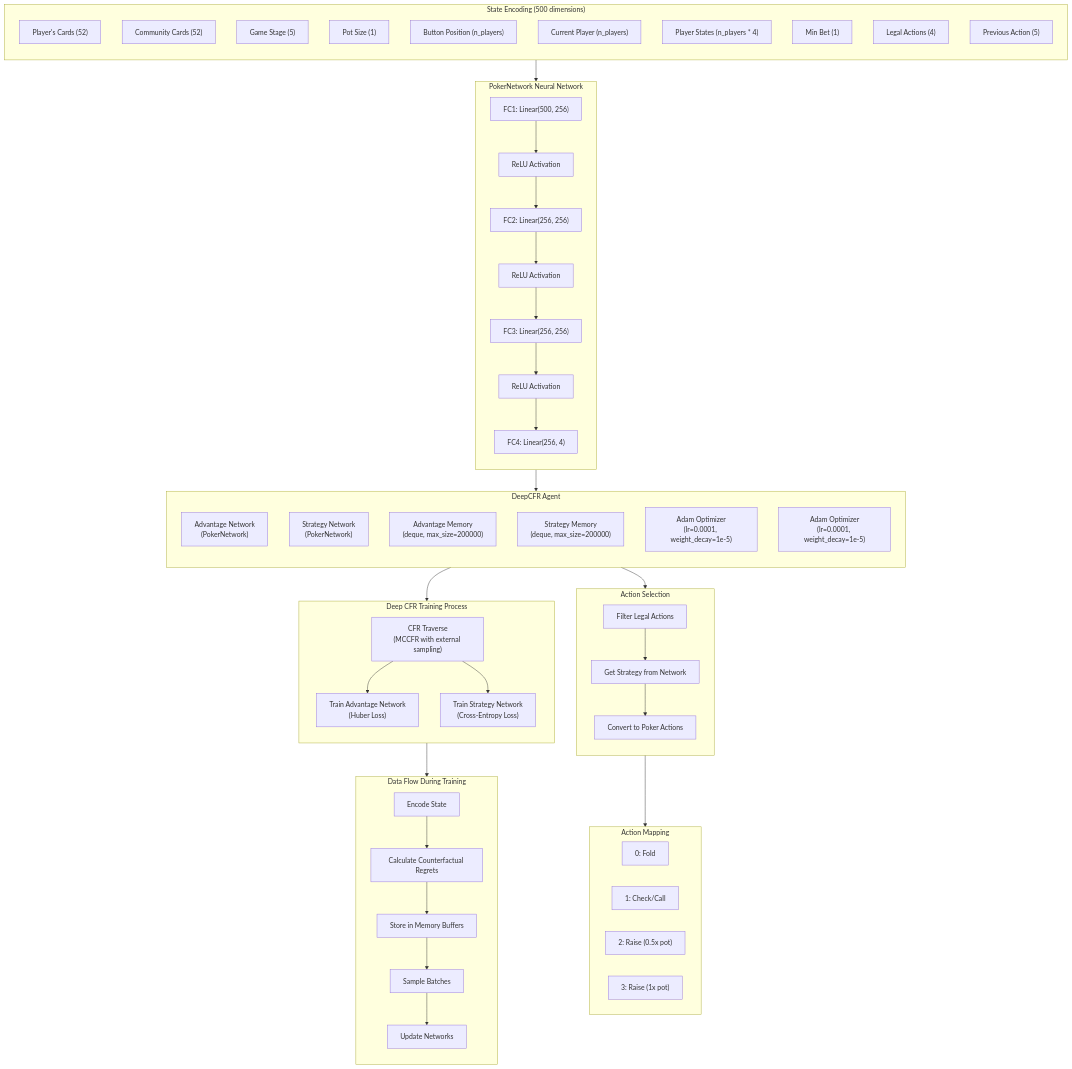
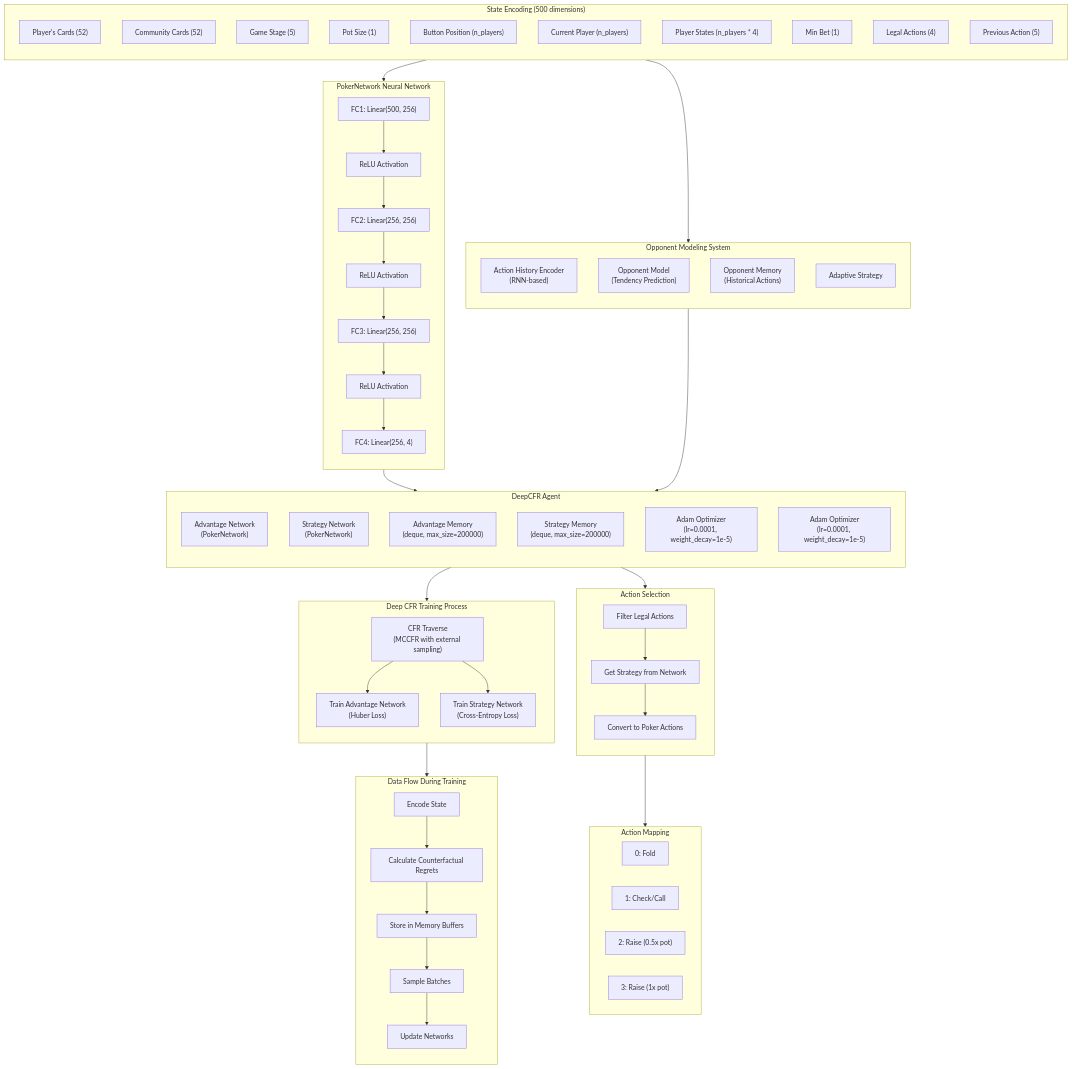
One commit to dberweger2017/deepcfr-texas-no-limit-holdem-6-players changed the diagram in readme.md. Above: the diagram before and after it, drawn with Mermaid. The commit also changed other lines of this file, not shown here.

First line of the commit message:
Update README with opponent modeling details and roadmap refinements

```diff
--- a/readme.md
+++ b/readme.md
@@ -115,6 +123,14 @@
         StratOpt["Adam Optimizer\n(lr=0.0001, weight_decay=1e-5)"]
     end
 
+    subgraph OpponentModeling["Opponent Modeling System"]
+        direction TB
+        HistEnc["Action History Encoder\n(RNN-based)"]
+        OppModel["Opponent Model\n(Tendency Prediction)"]
+        OppMem["Opponent Memory\n(Historical Actions)"]
+        AdaptStrat["Adaptive Strategy"]
+    end
+
     subgraph TrainingPhase["Deep CFR Training Process"]
         direction TB
         CFRTraverse["CFR Traverse\n(MCCFR with external sampling)"]
@@ -137,6 +153,8 @@
 
     InputState --> PokerNetwork
     PokerNetwork --> DeepCFRAgent
+    InputState --> OpponentModeling
+    OpponentModeling --> DeepCFRAgent
     DeepCFRAgent --> TrainingPhase
     DeepCFRAgent --> ActionSelection
 
```
